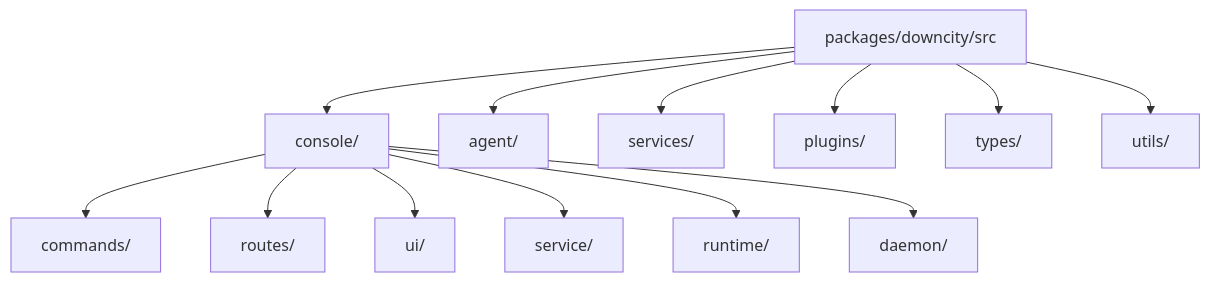
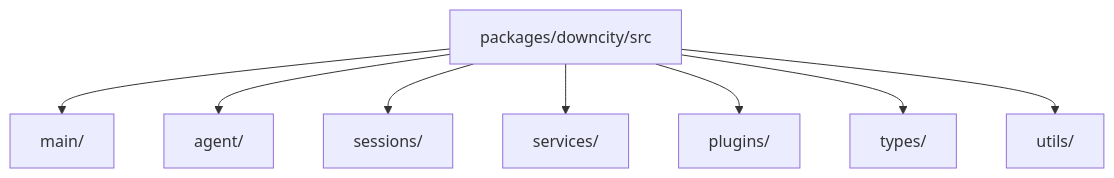
One commit to wangenius/downcity changed the diagram in homepage/content/devdocs/zh/package/module-breakdown.mdx. Above: the diagram before and after it, drawn with Mermaid. The commit also changed other lines of this file and 37 other files, not shown here.

````diff
--- a/homepage/content/devdocs/zh/package/module-breakdown.mdx
+++ b/homepage/content/devdocs/zh/package/module-breakdown.mdx
@@ -12,16 +28,10 @@
 ```mermaid
 flowchart TD
-  ROOT["packages/downcity/src"] --> CONSOLE["console/"]
+  ROOT["packages/downcity/src"] --> MAIN["main/"]
   ROOT --> AGENT["agent/"]
+  ROOT --> SESSIONS["sessions/"]
   ROOT --> SERVICES["services/"]
   ROOT --> PLUGINS["plugins/"]
   ROOT --> TYPES["types/"]
   ROOT --> UTILS["utils/"]
-
-  CONSOLE --> CMD["commands/"]
-  CONSOLE --> ROUTES["routes/"]
-  CONSOLE --> UI["ui/"]
-  CONSOLE --> SERVICE["service/"]
-  CONSOLE --> RUNTIME["runtime/"]
-  CONSOLE --> DAEMON["daemon/"]
 ```
````
